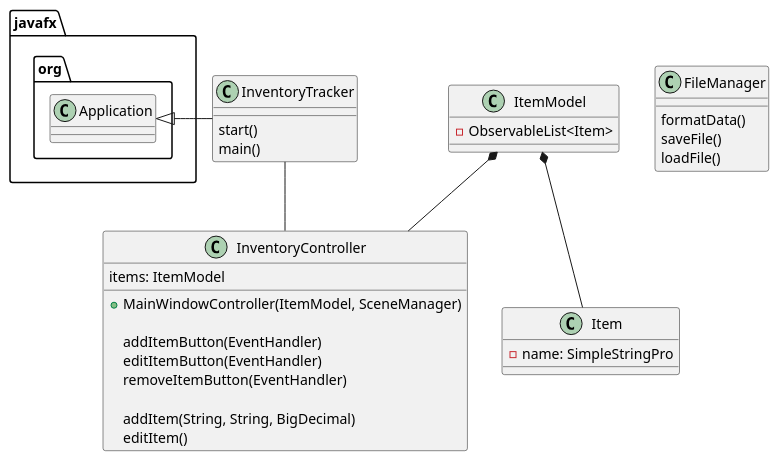
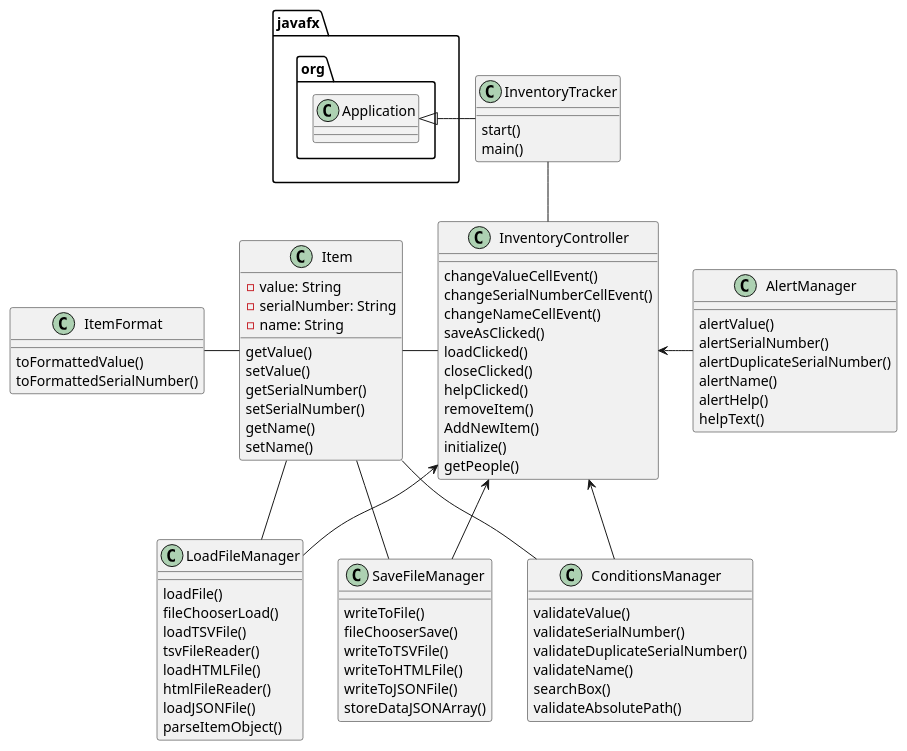
The diagram in uml/Application.puml (Lino437/gonzalez-8025-a5), drawn with PlantUML before and after one commit. The commit also changed 10 other files, not shown here.

```diff
--- a/uml/Application.puml
+++ b/uml/Application.puml
@@ -1,43 +1,94 @@
 @startuml
 'https://plantuml.com/class-diagram
 
 class InventoryTracker {
     start()
     main()
 }
 
 class InventoryController {
-    items: ItemModel
-
-    + MainWindowController(ItemModel, SceneManager)
-
-    addItemButton(EventHandler)
-    editItemButton(EventHandler)
-    removeItemButton(EventHandler)
-
-    addItem(String, String, BigDecimal)
-    editItem()
+	changeValueCellEvent()
+	changeSerialNumberCellEvent()
+	changeNameCellEvent()
+	saveAsClicked()
+	loadClicked()
+	closeClicked()
+	helpClicked()
+	removeItem()
+	AddNewItem()
+	initialize()
+	getPeople()
 }
 
-
-class FileManager {
-    formatData()
-    saveFile()
-    loadFile()
+class AlertManager {
+    alertValue()
+    alertSerialNumber()
+    alertDuplicateSerialNumber()
+    alertName()
+    alertHelp()
+    helpText()
 }
 
-class ItemModel {
-    - ObservableList<Item>
+class ConditionsManager {
+	validateValue()
+	validateSerialNumber()
+	validateDuplicateSerialNumber()
+	validateName()
+	searchBox()
+	validateAbsolutePath()
 }
 
 class Item {
-    - name: SimpleStringPro
+    - value: String
+    - serialNumber: String
+    - name: String
+
+	getValue()
+	setValue()
+	getSerialNumber()
+	setSerialNumber()
+	getName()
+	setName()
+}
+
+class ItemFormat {
+	toFormattedValue()
+	toFormattedSerialNumber()
+}
+
+class LoadFileManager {
+	loadFile()
+	fileChooserLoad()
+	loadTSVFile()
+	tsvFileReader()
+	loadHTMLFile()
+	htmlFileReader()
+	loadJSONFile()
+	parseItemObject()
+}
+
+class SaveFileManager {
+	writeToFile()
+	fileChooserSave()
+	writeToTSVFile()
+	writeToHTMLFile()
+	writeToJSONFile()
+	storeDataJSONArray()
 }
 
 javafx.org.Application <|- InventoryTracker
 
 InventoryTracker -- InventoryController
-ItemModel *-- InventoryController
-ItemModel *-- Item
+
+InventoryController <- AlertManager
+InventoryController <-- ConditionsManager
+InventoryController <-- LoadFileManager
+InventoryController <-- SaveFileManager
+
+Item - InventoryController
+Item -- ConditionsManager
+Item -- LoadFileManager
+Item -- SaveFileManager
+ItemFormat - Item
 
 @enduml
```
